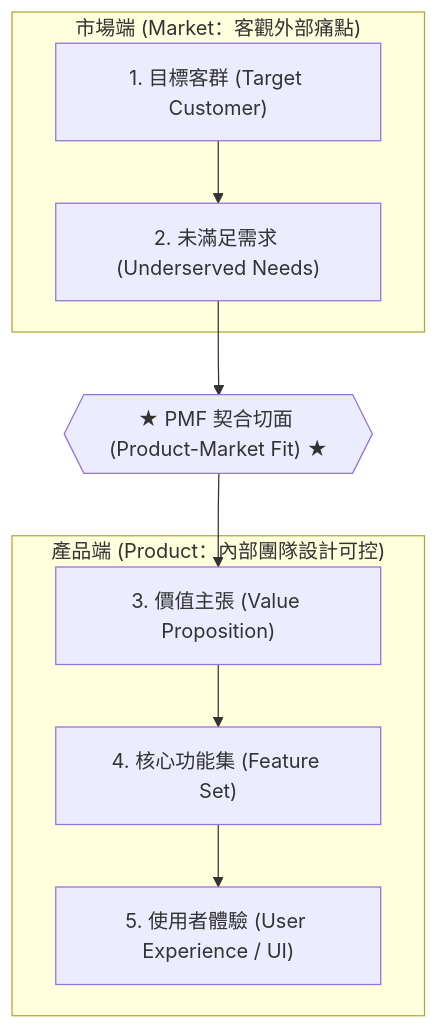
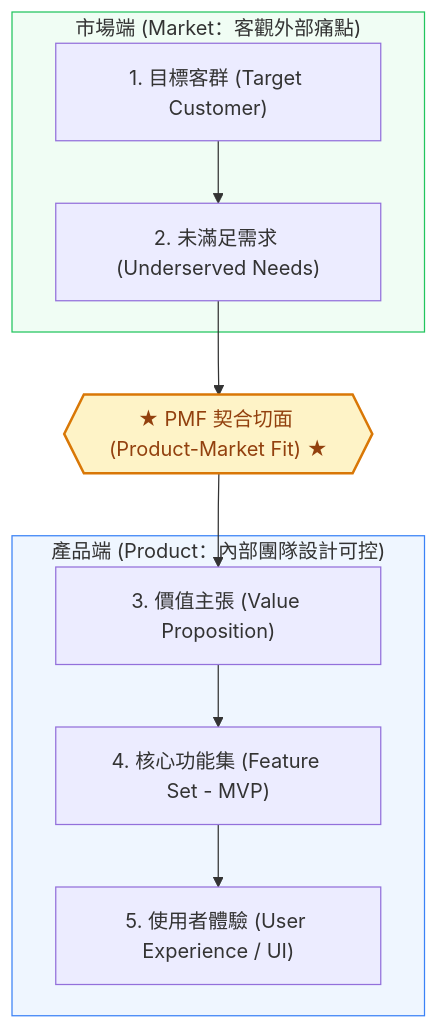
One commit to Jimlin0428/my-digital-garden changed the first of 2 diagrams in src/site/notes/04_主題選修/10_創業與企業財務策略/02_模組筆記/Module_2_產品創新與精實驗證/M2-1_精實產品開發與服務創新驗證.md. Above: the diagram before and after it, drawn with Mermaid. The commit also changed other lines of this file and 99 other files, not shown here.

````diff
--- a/src/site/notes/04_主題選修/10_創業與企業財務策略/02_模組筆記/Module_2_產品創新與精實驗證/M2-1_精實產品開發與服務創新驗證.md
+++ b/src/site/notes/04_主題選修/10_創業與企業財務策略/02_模組筆記/Module_2_產品創新與精實驗證/M2-1_精實產品開發與服務創新驗證.md
@@ -106,21 +110,25 @@
 ```mermaid
 flowchart TD
     subgraph Product["產品端 (Product：內部團隊設計可控)"]
         L5["5. 使用者體驗 (User Experience / UI)"]
-        L4["4. 核心功能集 (Feature Set)"]
+        L4["4. 核心功能集 (Feature Set - MVP)"]
         L3["3. 價值主張 (Value Proposition)"]
     end
 
     Fit{{"★ PMF 契合切面 (Product-Market Fit) ★"}}
 
     subgraph Market["市場端 (Market：客觀外部痛點)"]
         L2["2. 未滿足需求 (Underserved Needs)"]
         L1["1. 目標客群 (Target Customer)"]
     end
 
     L1 --> L2
     L2 --> Fit
     Fit --> L3
     L3 --> L4
     L4 --> L5
+
+    style Fit fill:#fef3c7,stroke:#d97706,stroke-width:2px,color:#92400e
+    style Product fill:#eff6ff,stroke:#3b82f6,stroke-width:1px
+    style Market fill:#f0fdf4,stroke:#22c55e,stroke-width:1px
 ```
````
